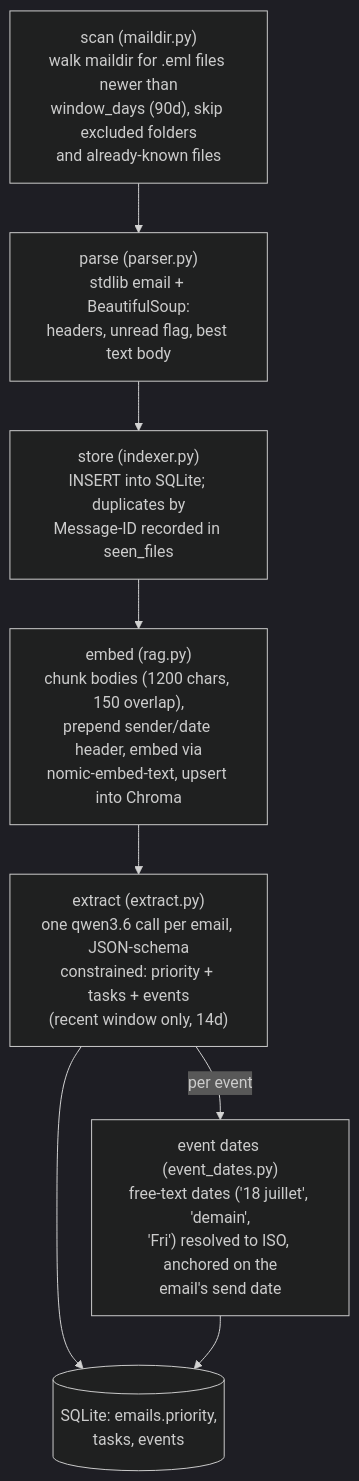
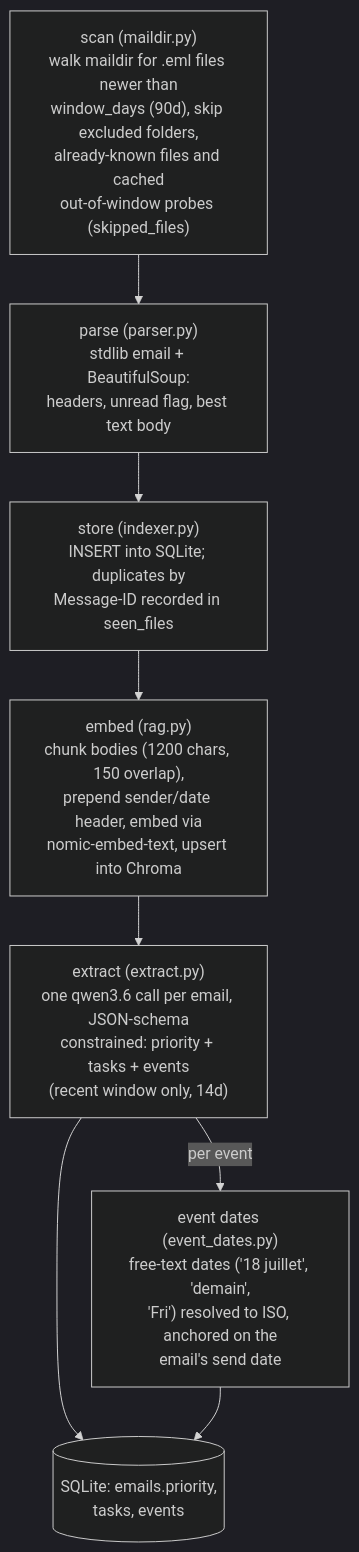
Before and after one commit to elthommy/local-inbox-assistant: the second of 3 diagrams in docs/ARCHITECTURE.md, drawn with Mermaid (dark theme). The commit also changed other lines of this file and 8 other files, not shown here.

First line of the commit message:
Make indexing scan transparent and cache out-of-window probes

````diff
--- a/docs/ARCHITECTURE.md
+++ b/docs/ARCHITECTURE.md
@@ -51,15 +51,15 @@
 ```mermaid
 flowchart TD
-    A["scan (maildir.py)<br>walk maildir for .eml files newer than<br>window_days (90d), skip excluded folders<br>and already-known files"]
+    A["scan (maildir.py)<br>walk maildir for .eml files newer than<br>window_days (90d), skip excluded folders,<br>already-known files and cached<br>out-of-window probes (skipped_files)"]
     B["parse (parser.py)<br>stdlib email + BeautifulSoup:<br>headers, unread flag, best text body"]
     C["store (indexer.py)<br>INSERT into SQLite; duplicates by<br>Message-ID recorded in seen_files"]
     D["embed (rag.py)<br>chunk bodies (1200 chars, 150 overlap),<br>prepend sender/date header, embed via<br>nomic-embed-text, upsert into Chroma"]
     E["extract (extract.py)<br>one qwen3.6 call per email, JSON-schema<br>constrained: priority + tasks + events<br>(recent window only, 14d)"]
     F["event dates (event_dates.py)<br>free-text dates ('18 juillet', 'demain',<br>'Fri') resolved to ISO, anchored on the<br>email's send date"]
     G[("SQLite: emails.priority,<br>tasks, events")]
 
     A --> B --> C --> D --> E
     E -->|"per event"| F
     E --> G
     F --> G
 ```
````
